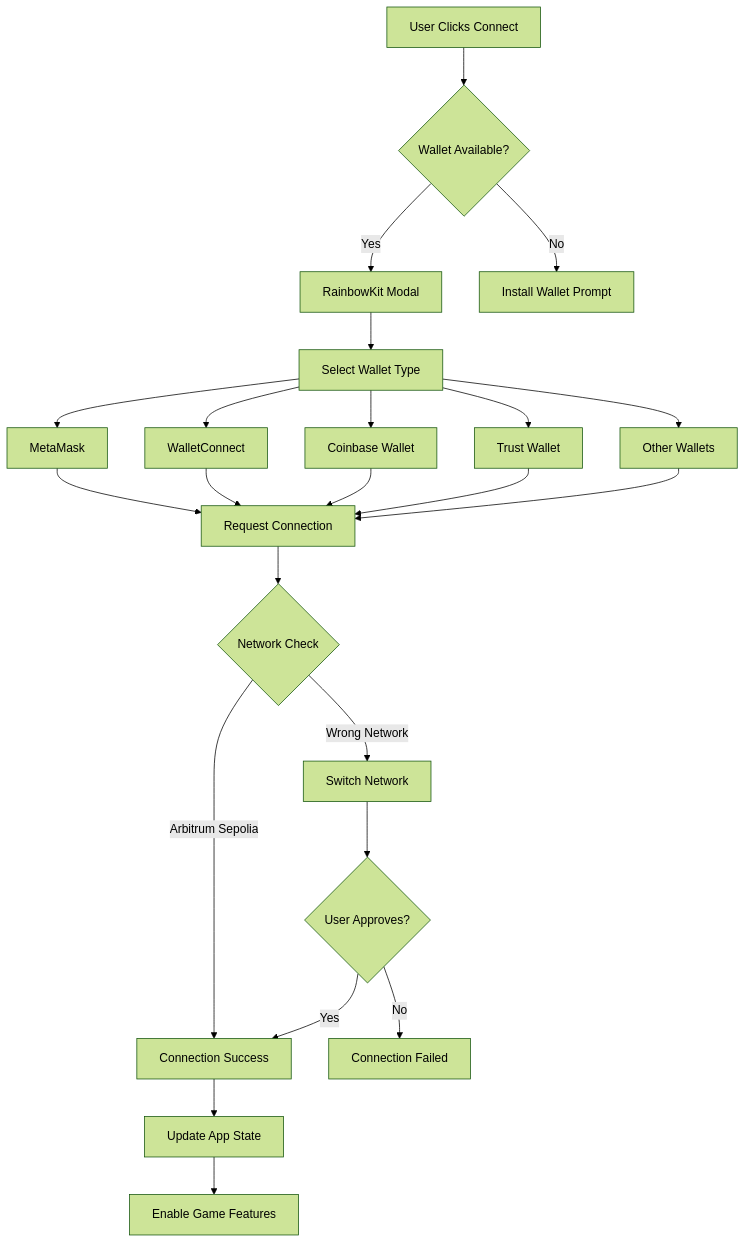
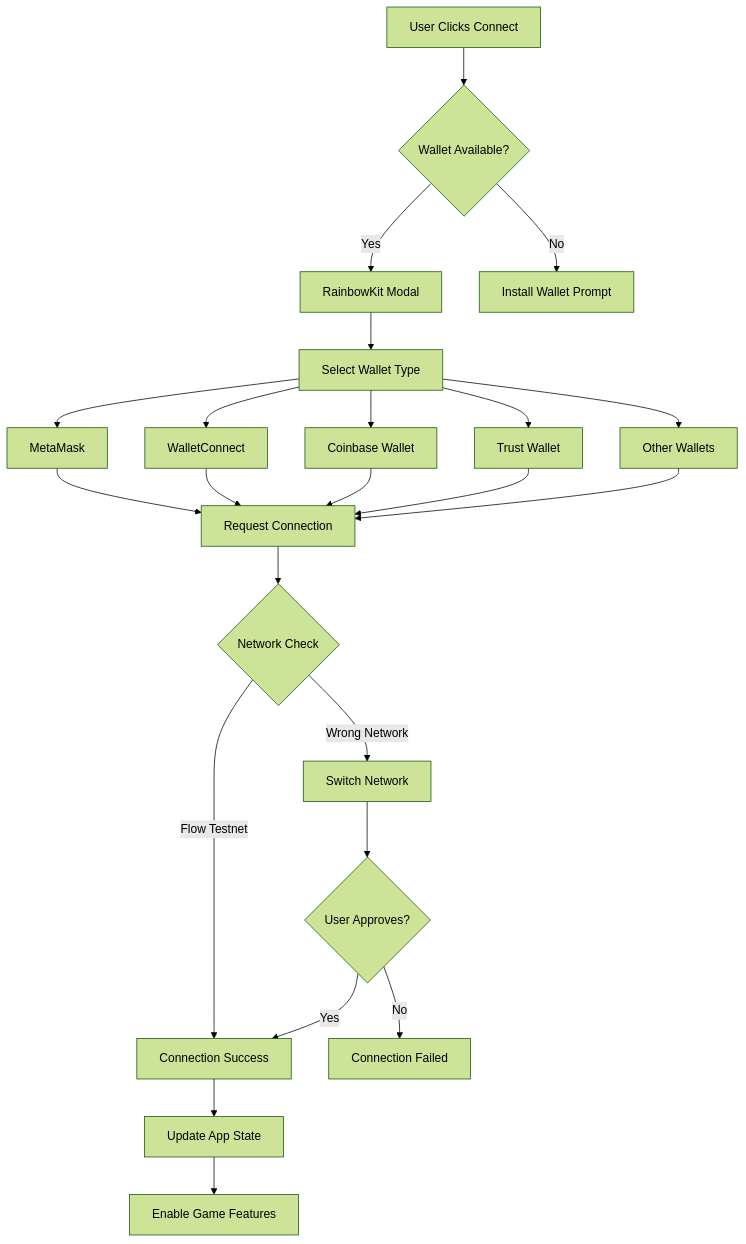
The third of 16 diagrams in MERMAID_DIAGRAMS.md (AmaanSayyad/APT-Casino-Flow), drawn with Mermaid (forest theme) before and after one commit. The commit also changed other lines of this file and 129 other files, not shown here.

````diff
--- a/MERMAID_DIAGRAMS.md
+++ b/MERMAID_DIAGRAMS.md
@@ -69,30 +69,30 @@
 ```mermaid
 flowchart TD
     A[User Clicks Connect] --> B{Wallet Available?}
     B -->|Yes| C[RainbowKit Modal]
     B -->|No| D[Install Wallet Prompt]
     
     C --> E[Select Wallet Type]
     E --> F[MetaMask]
     E --> G[WalletConnect]
     E --> H[Coinbase Wallet]
     E --> I[Trust Wallet]
     E --> J[Other Wallets]
     
     F --> K[Request Connection]
     G --> K
     H --> K
     I --> K
     J --> K
     
     K --> L{Network Check}
-    L -->|Arbitrum Sepolia| M[Connection Success]
+    L -->|Flow Testnet| M[Connection Success]
     L -->|Wrong Network| N[Switch Network]
     
     N --> O{User Approves?}
     O -->|Yes| M
     O -->|No| P[Connection Failed]
     
     M --> Q[Update App State]
     Q --> R[Enable Game Features]
 ```
````
